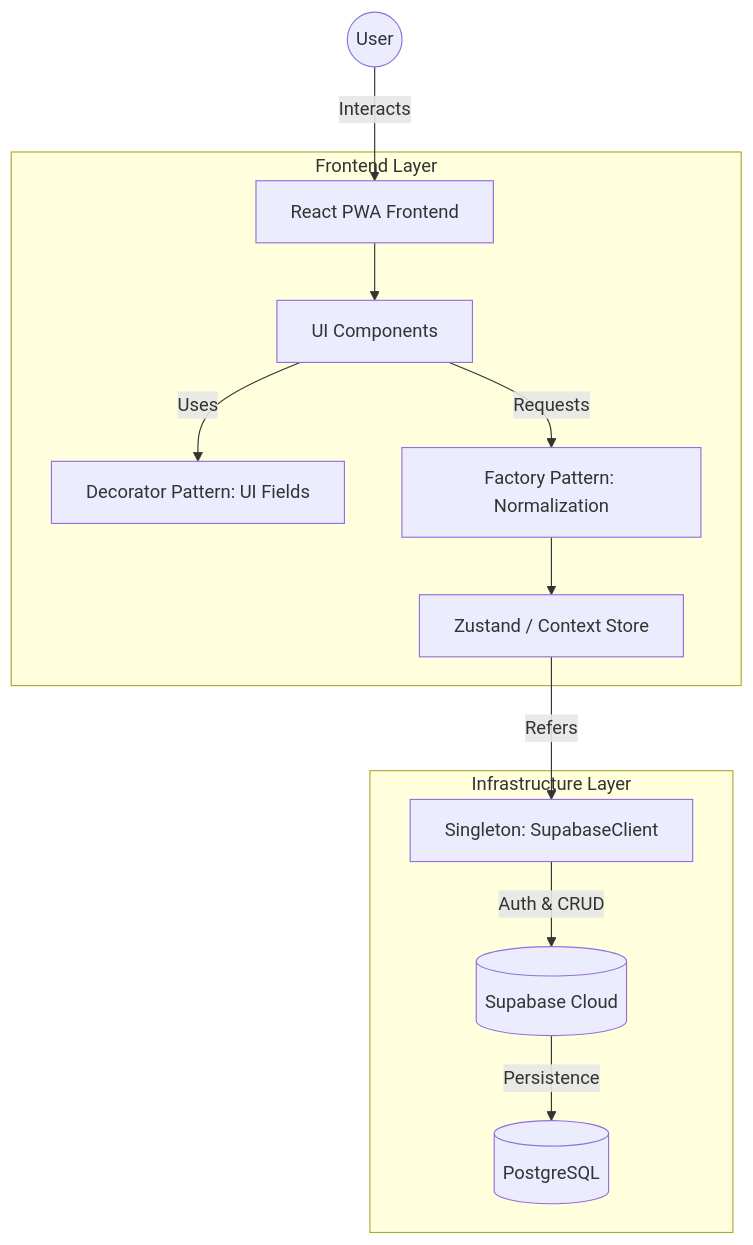
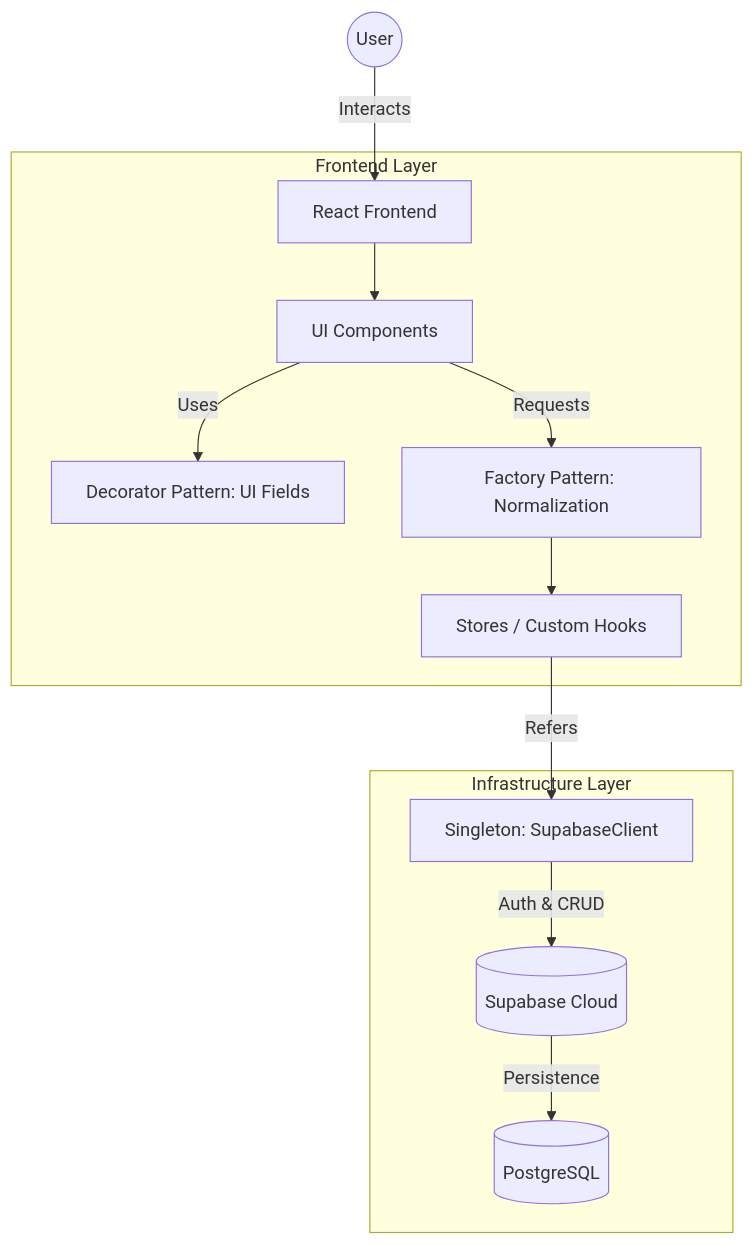
Before and after one commit to auauron/SmartStock: the first of 2 diagrams in docs/SMARTSTOCK_FINAL_PROJECT.md, drawn with Mermaid. The commit also changed other lines of this file and 1 other file, not shown here.

````diff
--- a/docs/SMARTSTOCK_FINAL_PROJECT.md
+++ b/docs/SMARTSTOCK_FINAL_PROJECT.md
@@ -98,17 +111,17 @@
 ```mermaid
 graph TD
-    User((User)) -->|Interacts| Frontend[React PWA Frontend]
-    
+    User((User)) -->|Interacts| Frontend[React Frontend]
+
     subgraph "Frontend Layer"
         Frontend --> Components[UI Components]
         Components -->|Uses| Decorator[Decorator Pattern: UI Fields]
         Components -->|Requests| Factory[Factory Pattern: Normalization]
-        Factory --> Store[Zustand / Context Store]
+        Factory --> Store[Stores / Custom Hooks]
     end
-    
+
     subgraph "Infrastructure Layer"
         Store -->|Refers| Singleton[Singleton: SupabaseClient]
         Singleton -->|Auth & CRUD| SupabaseCloud[(Supabase Cloud)]
         SupabaseCloud -->|Persistence| PostGresDB[(PostgreSQL)]
     end
 ```
````
